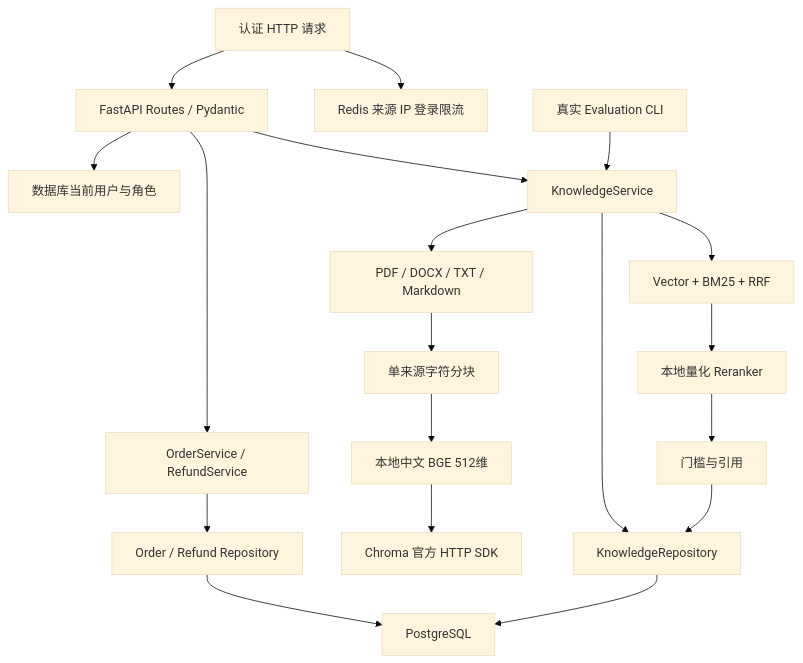
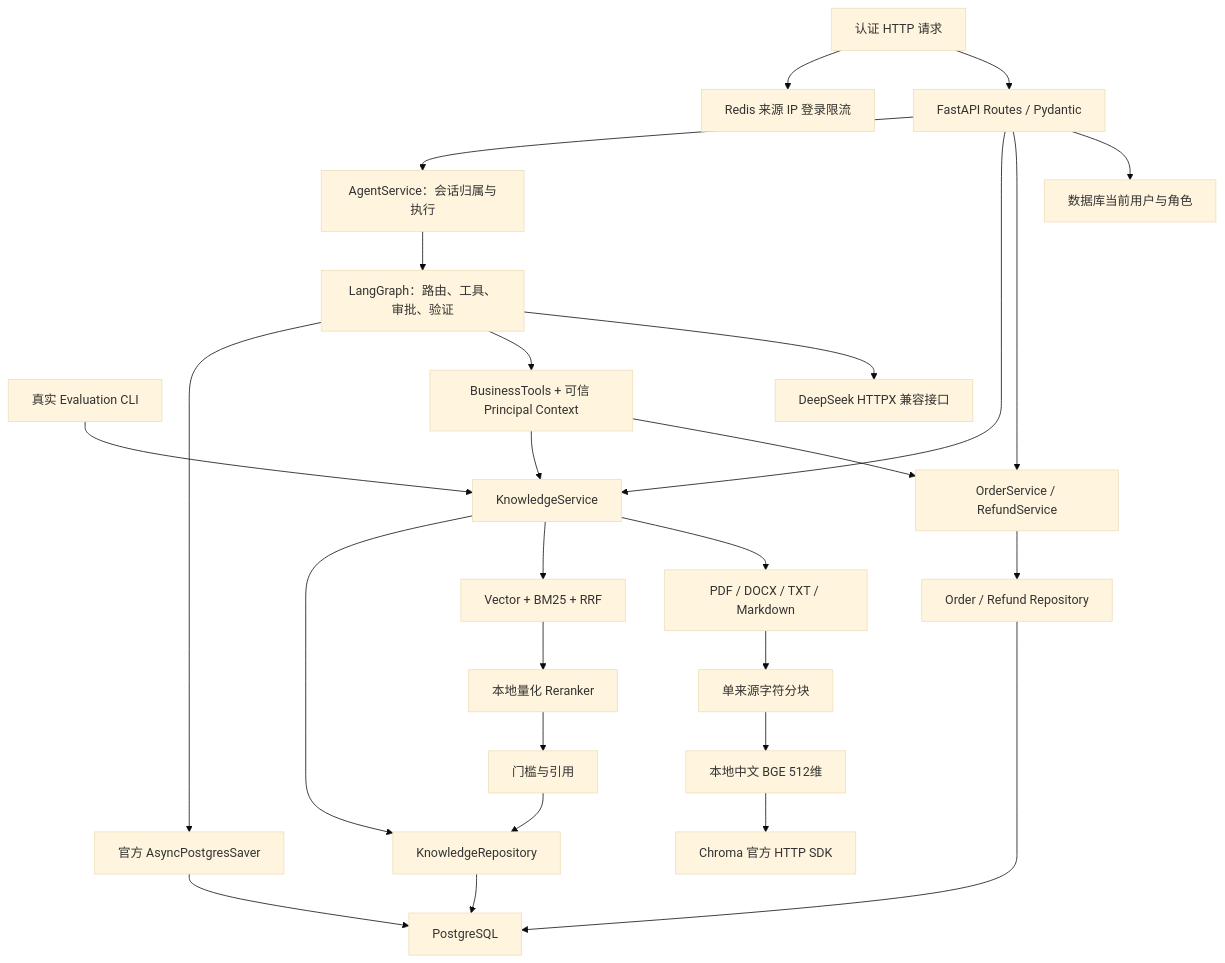
Before and after one commit to zjhwwwl/EnterpriseAgent: the first of 2 diagrams in docs/architecture.md, drawn with Mermaid (base theme). The commit also changed other lines of this file and 49 other files, not shown here.

Commit message:
feat: implement Phase 4 LangGraph agent and human approval

````diff
--- a/docs/architecture.md
+++ b/docs/architecture.md
@@ -9,22 +9,30 @@
 ```mermaid
 flowchart TD
     HTTP["认证 HTTP 请求"] --> API["FastAPI Routes / Pydantic"]
     API --> AUTH["数据库当前用户与角色"]
     API --> ORDER["OrderService / RefundService"]
     ORDER --> REPO["Order / Refund Repository"]
     REPO --> DB["PostgreSQL"]
 
     API --> KNOW["KnowledgeService"]
     KNOW --> PARSE["PDF / DOCX / TXT / Markdown"]
     PARSE --> CHUNKS["单来源字符分块"]
     CHUNKS --> EMBED["本地中文 BGE 512维"]
     EMBED --> STORE["Chroma 官方 HTTP SDK"]
     KNOW --> RANK["Vector + BM25 + RRF"]
     RANK --> CROSS["本地量化 Reranker"]
     CROSS --> CITE["门槛与引用"]
     KNOW --> KREPO["KnowledgeRepository"]
     KREPO --> DB
     CITE --> KREPO
     HTTP --> REDIS["Redis 来源 IP 登录限流"]
     EVAL["真实 Evaluation CLI"] --> KNOW
+    API --> AGENT["AgentService：会话归属与执行"]
+    AGENT --> GRAPH["LangGraph：路由、工具、审批、验证"]
+    GRAPH --> LLM["DeepSeek HTTPX 兼容接口"]
+    GRAPH --> TOOLS["BusinessTools + 可信 Principal Context"]
+    TOOLS --> ORDER
+    TOOLS --> KNOW
+    GRAPH --> CHECKPOINT["官方 AsyncPostgresSaver"]
+    CHECKPOINT --> DB
 ```
````
